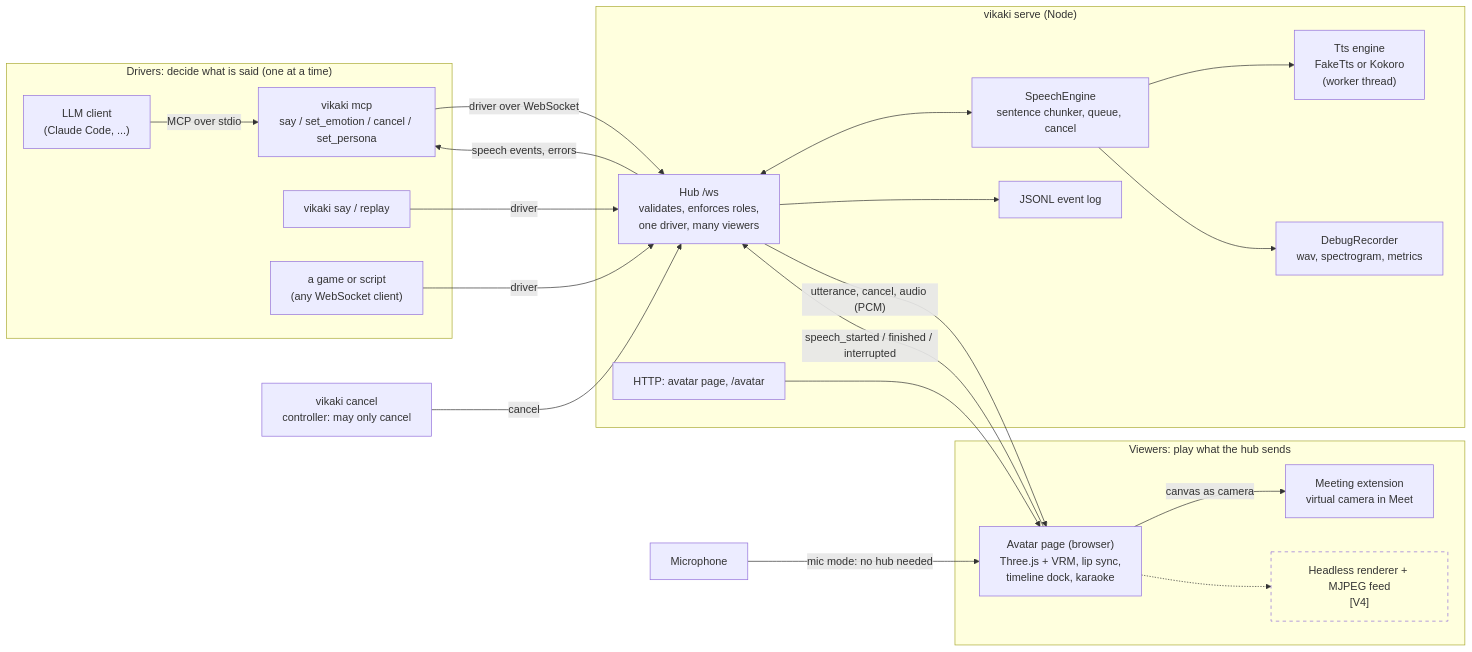
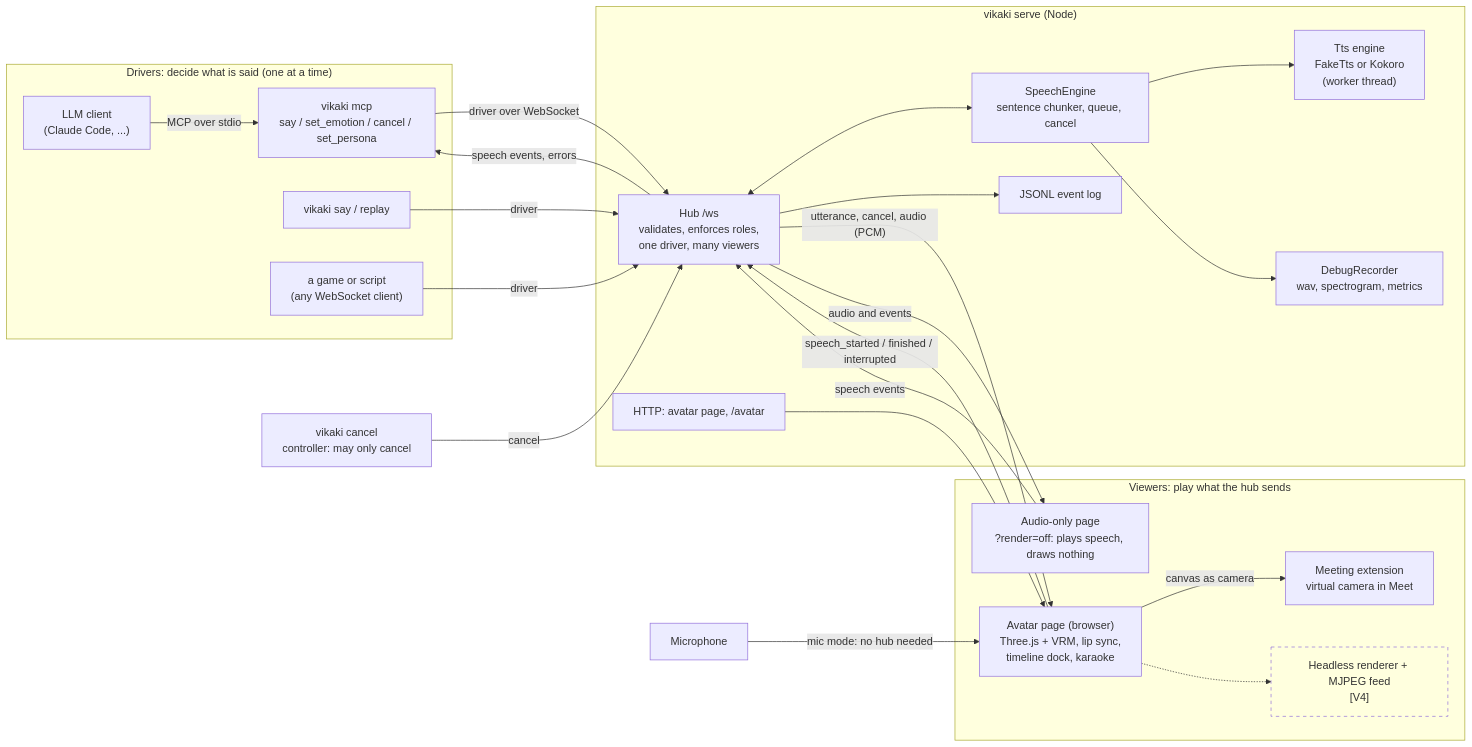
Before and after one commit to leejianrong/vikaki: the first of 2 diagrams in docs/architecture.md, drawn with Mermaid. The commit also changed 7 other files, not shown here.

Commit message:
KAN-1929: audio-only page (?render=off): plays speech and reports events, loads no scene, avatar or WebGL

````diff
--- a/docs/architecture.md
+++ b/docs/architecture.md
@@ -5,46 +5,49 @@
 ```mermaid
 flowchart LR
   subgraph drivers["Drivers: decide what is said (one at a time)"]
     LLM["LLM client<br/>(Claude Code, ...)"]
     MCP["vikaki mcp<br/>say / set_emotion / cancel / set_persona"]
     SAY["vikaki say / replay"]
     GAME["a game or script<br/>(any WebSocket client)"]
   end
   CTL["vikaki cancel<br/>controller: may only cancel"]
 
   subgraph server["vikaki serve (Node)"]
     HUB["Hub /ws<br/>validates, enforces roles,<br/>one driver, many viewers"]
     SPEECH["SpeechEngine<br/>sentence chunker, queue, cancel"]
     TTS["Tts engine<br/>FakeTts or Kokoro<br/>(worker thread)"]
     REC["DebugRecorder<br/>wav, spectrogram, metrics"]
     LOG["JSONL event log"]
     HTTP["HTTP: avatar page, /avatar"]
   end
 
   subgraph viewers["Viewers: play what the hub sends"]
     PAGE["Avatar page (browser)<br/>Three.js + VRM, lip sync,<br/>timeline dock, karaoke"]
+    AUDIO["Audio-only page<br/>?render=off: plays speech, draws nothing"]
     EXT["Meeting extension<br/>virtual camera in Meet"]
     HEAD["Headless renderer + MJPEG feed<br/>[V4]"]:::planned
   end
 
   LLM -- "MCP over stdio" --> MCP
   MCP -- "driver over WebSocket" --> HUB
   SAY -- "driver" --> HUB
   GAME -- "driver" --> HUB
   CTL -- "cancel" --> HUB
 
   HUB <--> SPEECH
   SPEECH --> TTS
   SPEECH --> REC
   HUB --> LOG
   HUB -- "utterance, cancel, audio (PCM)" --> PAGE
   PAGE -- "speech_started / finished / interrupted" --> HUB
   HUB -- "speech events, errors" --> MCP
   HTTP --> PAGE
+  HUB -- "audio and events" --> AUDIO
+  AUDIO -- "speech events" --> HUB
   PAGE -- "canvas as camera" --> EXT
   PAGE -.-> HEAD
 
   MIC["Microphone"] -- "mic mode: no hub needed" --> PAGE
 
   classDef planned stroke-dasharray: 5 5,fill:none;
 ```
````
